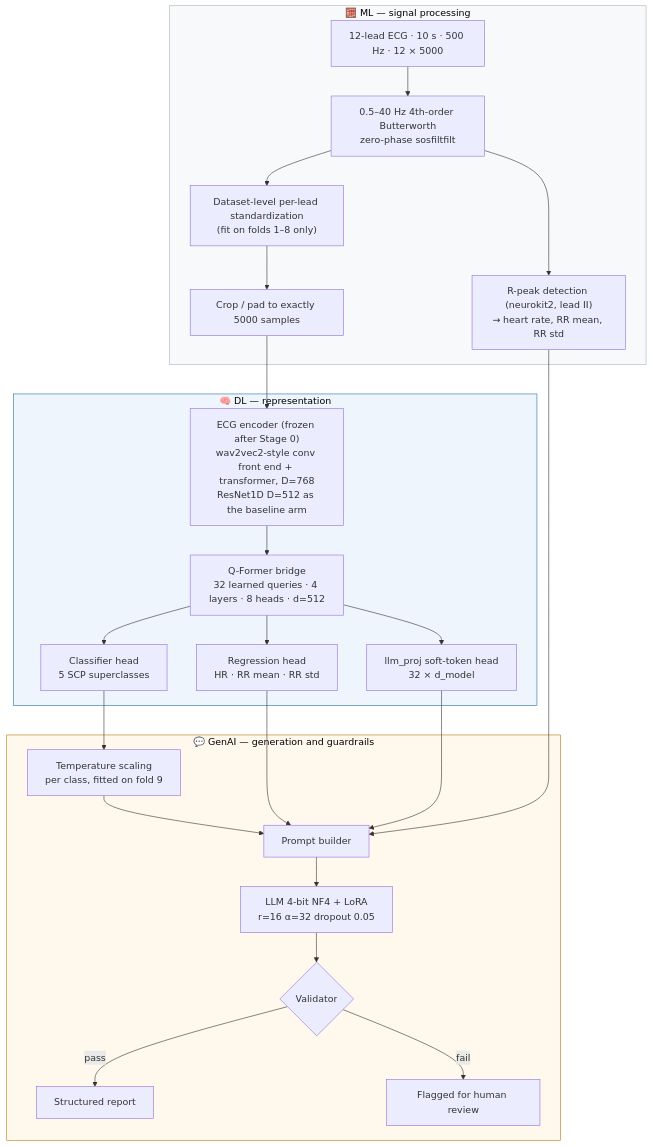
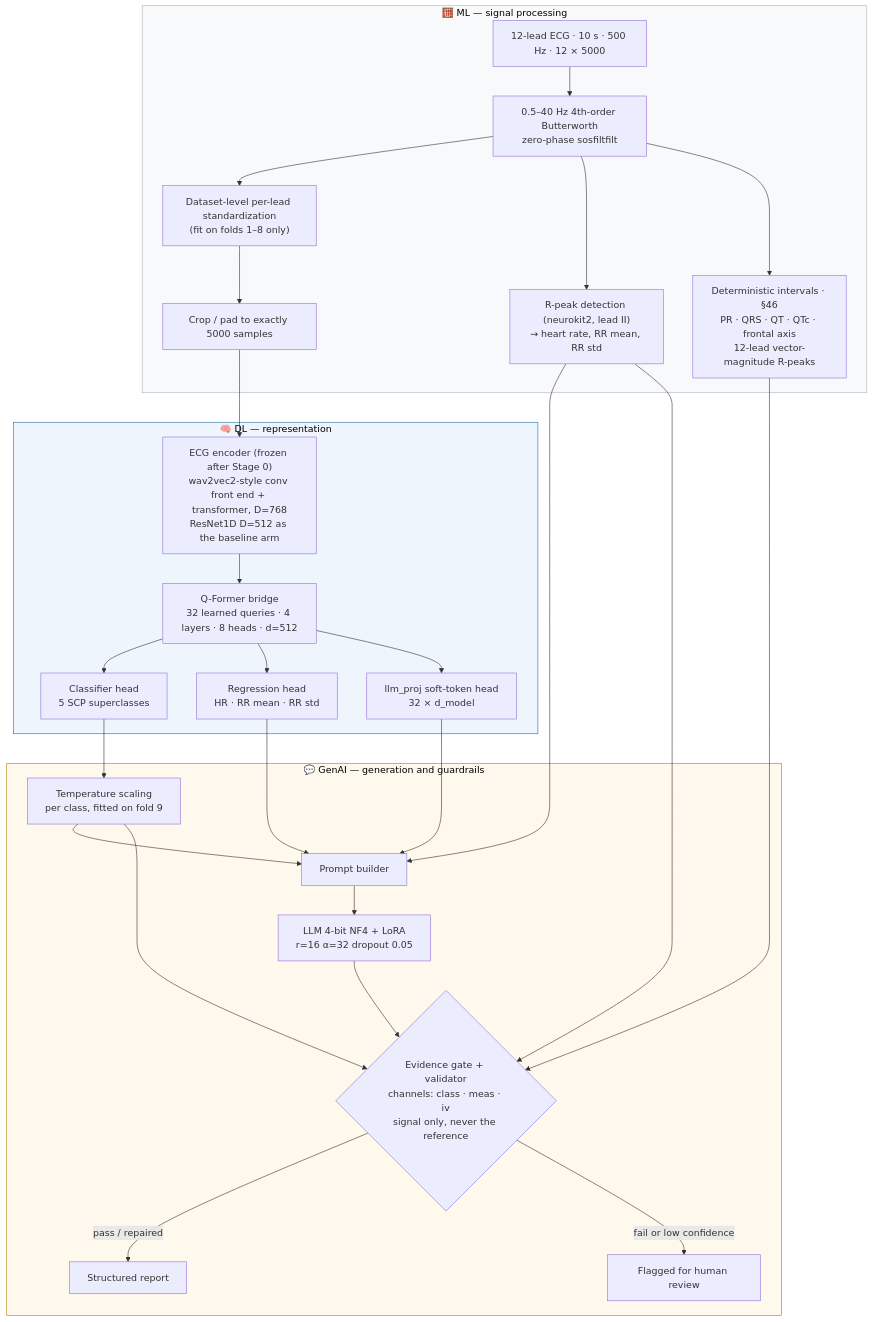
Before and after one commit to aparijit05072004/Cardio_Scribe: the diagram in docs/PROJECT_DOCUMENTATION.md, drawn with Mermaid. The commit also changed other lines of this file and 7 other files, not shown here.

````diff
--- a/docs/PROJECT_DOCUMENTATION.md
+++ b/docs/PROJECT_DOCUMENTATION.md
@@ -111,30 +111,34 @@
 ```mermaid
 flowchart TD
     subgraph SIG["🧮 ML — signal processing"]
         A["12-lead ECG · 10 s · 500 Hz · 12 × 5000"] --> B["0.5–40 Hz 4th-order Butterworth<br/>zero-phase sosfiltfilt"]
         B --> C["Dataset-level per-lead standardization<br/>(fit on folds 1–8 only)"]
         C --> D["Crop / pad to exactly 5000 samples"]
         B --> E["R-peak detection (neurokit2, lead II)<br/>→ heart rate, RR mean, RR std"]
+        B --> Q["Deterministic intervals · §46<br/>PR · QRS · QT · QTc · frontal axis<br/>12-lead vector-magnitude R-peaks"]
     end
     subgraph DL["🧠 DL — representation"]
         D --> F["ECG encoder (frozen after Stage 0)<br/>wav2vec2-style conv front end + transformer, D=768<br/>ResNet1D D=512 as the baseline arm"]
         F --> G["Q-Former bridge<br/>32 learned queries · 4 layers · 8 heads · d=512"]
         G --> H["Classifier head<br/>5 SCP superclasses"]
         G --> I["Regression head<br/>HR · RR mean · RR std"]
         G --> J["llm_proj soft-token head<br/>32 × d_model"]
     end
     subgraph GEN["💬 GenAI — generation and guardrails"]
         H --> K["Temperature scaling<br/>per class, fitted on fold 9"]
         K --> L["Prompt builder"]
         I --> L
         E --> L
         J --> L
         L --> M["LLM 4-bit NF4 + LoRA<br/>r=16 α=32 dropout 0.05"]
-        M --> N{"Validator"}
-        N -->|pass| O["Structured report"]
-        N -->|fail| P["Flagged for human review"]
+        M --> N{"Evidence gate + validator<br/>channels: class · meas · iv<br/>signal only, never the reference"}
+        Q --> N
+        E --> N
+        K --> N
+        N -->|pass / repaired| O["Structured report"]
+        N -->|fail or low confidence| P["Flagged for human review"]
     end
     style SIG fill:#f8f9fa,stroke:#adb5bd,color:#000
     style DL fill:#eef5fd,stroke:#2471a3,color:#000
     style GEN fill:#fff8ec,stroke:#b9770e,color:#000
 ```
````
